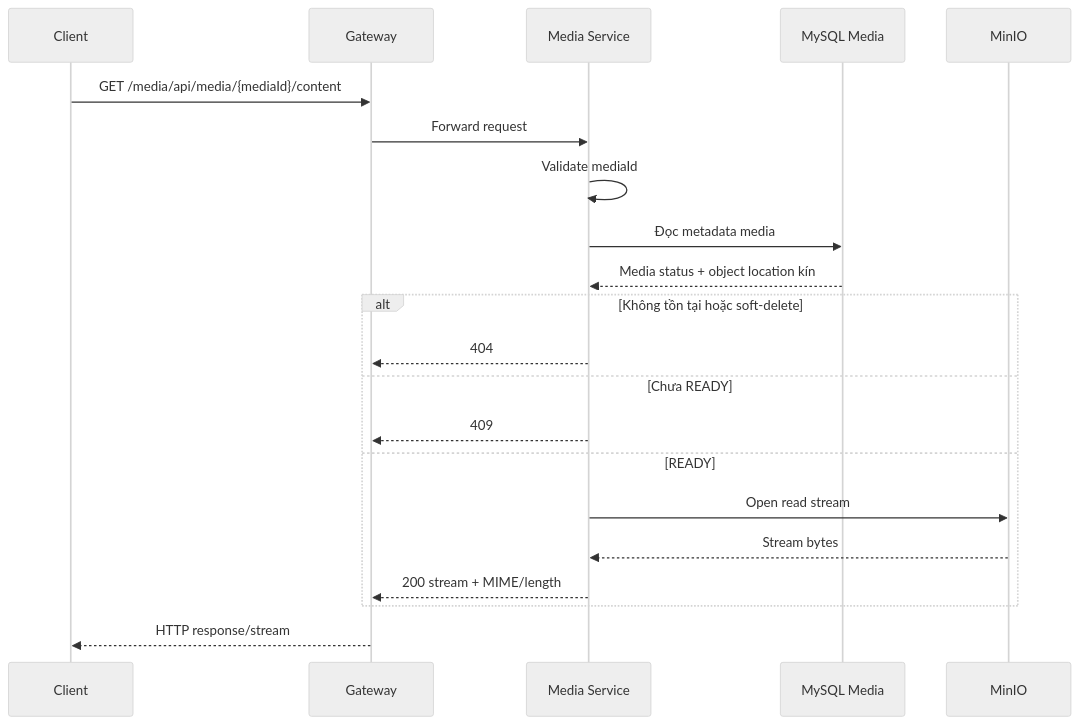
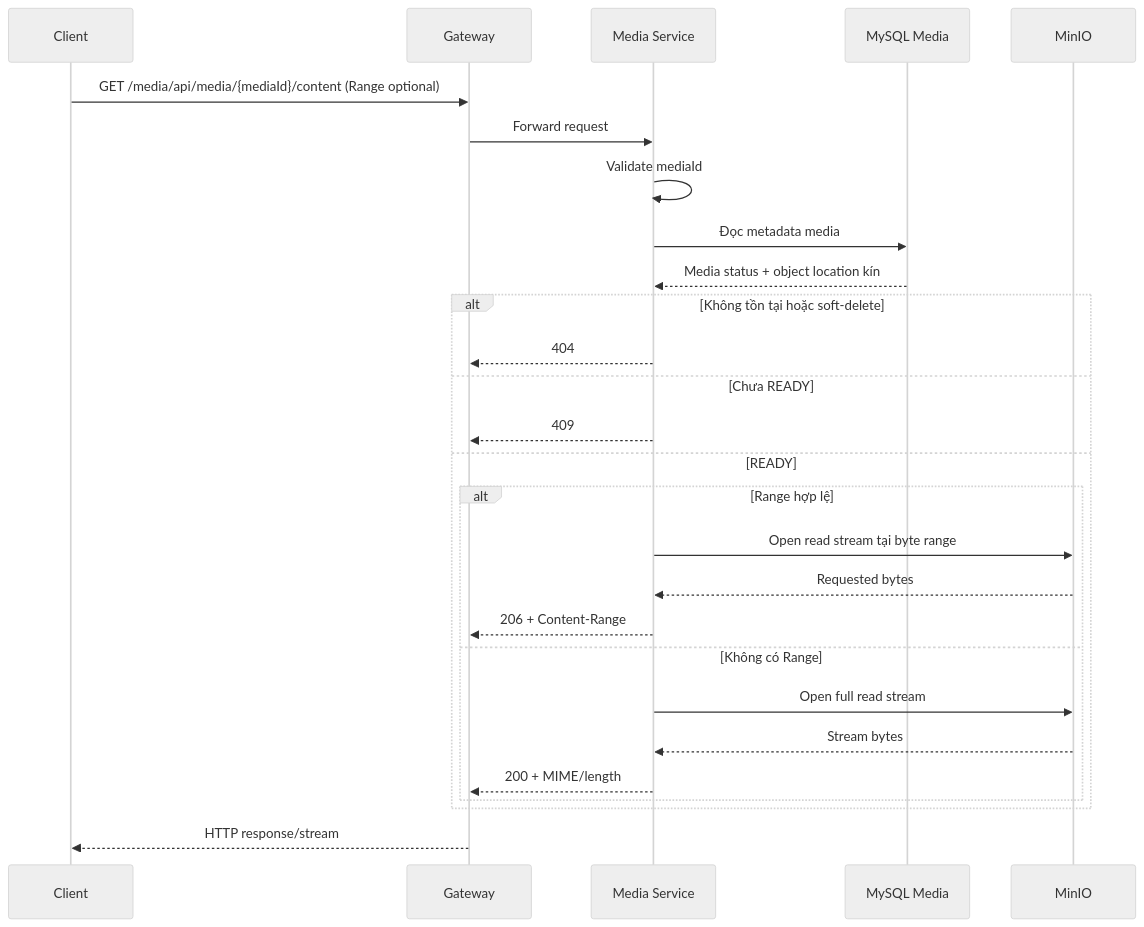
One commit to Minhduc7904/MiniProjectTrainingKaopiz changed the diagram in ducnm3/docs/business-flows/media/get-media-content.md. Above: the diagram before and after it, drawn with Mermaid (neutral theme). The commit also changed other lines of this file and 29 other files, not shown here.

````diff
--- a/ducnm3/docs/business-flows/media/get-media-content.md
+++ b/ducnm3/docs/business-flows/media/get-media-content.md
@@ -25,24 +25,30 @@
 ```mermaid
 sequenceDiagram
     participant Client
     participant Gateway
     participant API as Media Service
     participant DB as MySQL Media
     participant Storage as MinIO
 
-    Client->>Gateway: GET /media/api/media/{mediaId}/content
+    Client->>Gateway: GET /media/api/media/{mediaId}/content (Range optional)
     Gateway->>API: Forward request
     API->>API: Validate mediaId
     API->>DB: Đọc metadata media
     DB-->>API: Media status + object location kín
     alt Không tồn tại hoặc soft-delete
         API-->>Gateway: 404
     else Chưa READY
         API-->>Gateway: 409
     else READY
-        API->>Storage: Open read stream
-        Storage-->>API: Stream bytes
-        API-->>Gateway: 200 stream + MIME/length
+        alt Range hợp lệ
+            API->>Storage: Open read stream tại byte range
+            Storage-->>API: Requested bytes
+            API-->>Gateway: 206 + Content-Range
+        else Không có Range
+            API->>Storage: Open full read stream
+            Storage-->>API: Stream bytes
+            API-->>Gateway: 200 + MIME/length
+        end
     end
     Gateway-->>Client: HTTP response/stream
 ```
````
